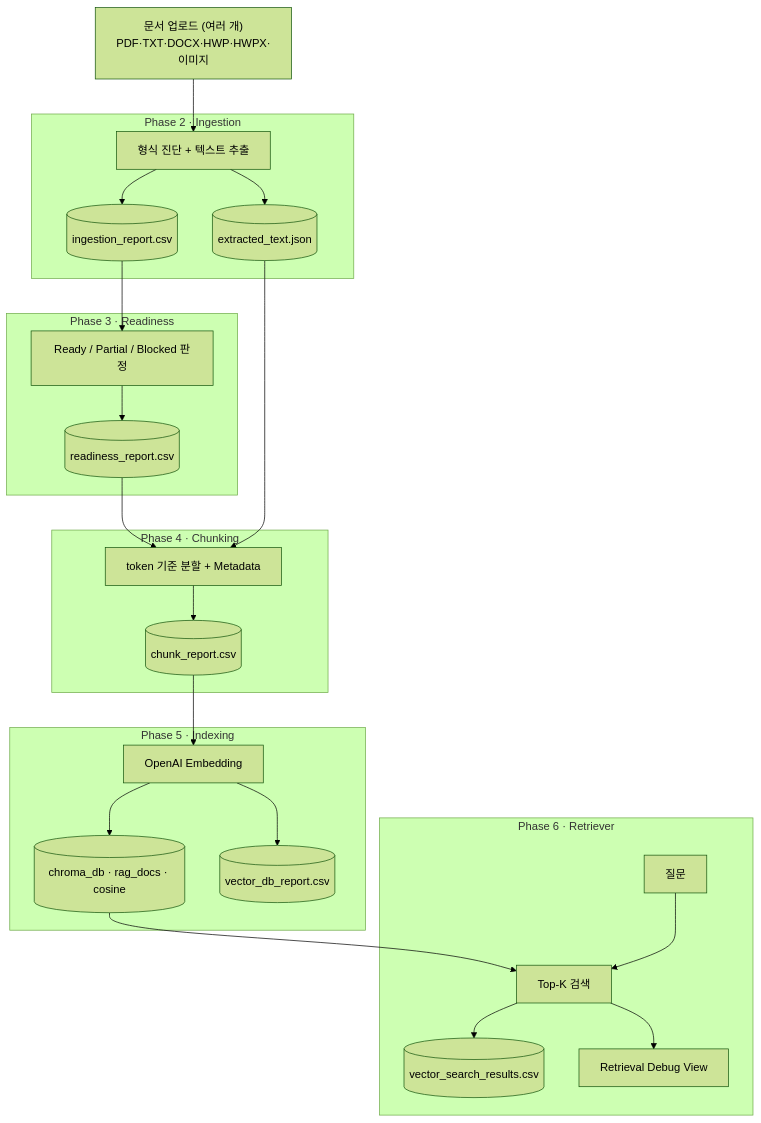
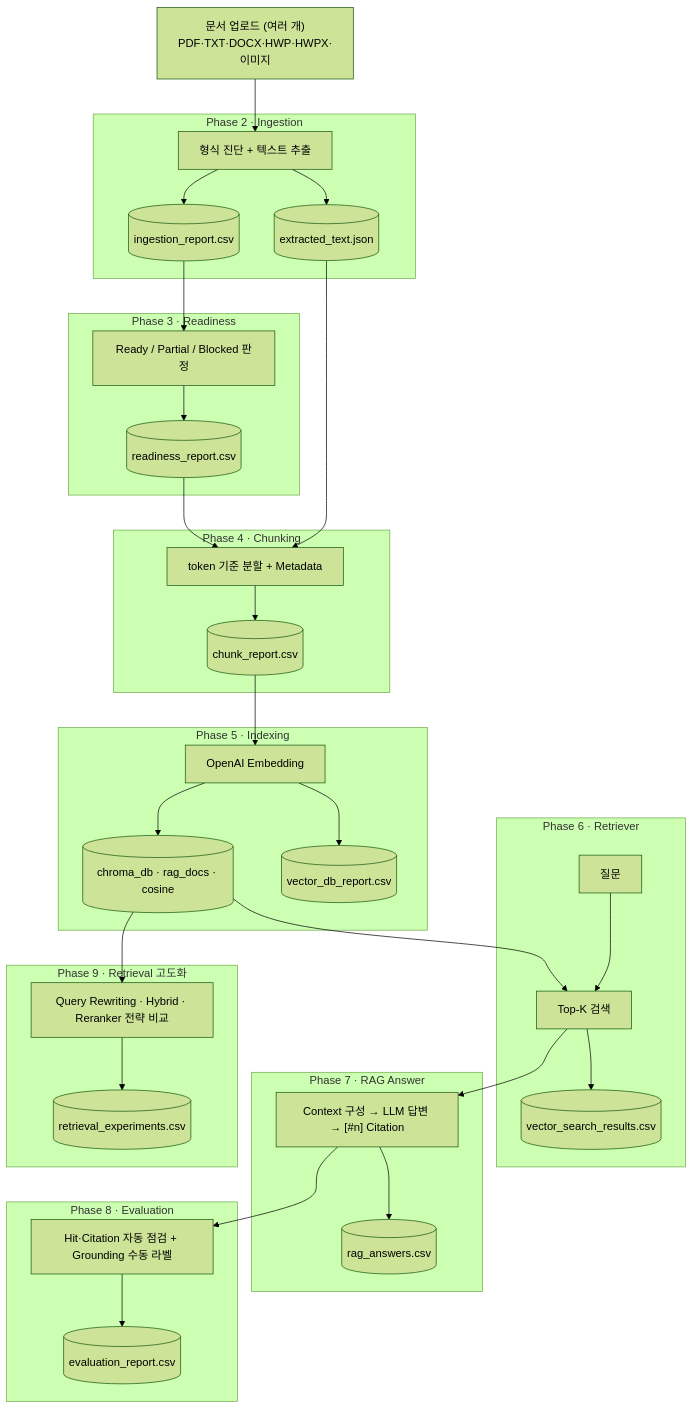
One commit to researcherhojin/RAG-practice changed the diagram in README.md. Above: the diagram before and after it, drawn with Mermaid (forest theme). The commit also changed other lines of this file and 6 other files, not shown here.

First line of the commit message:
docs: refresh README/FLOW for Phase 7-9 + tabbed UI, add UI redesign notes

````diff
--- a/README.md
+++ b/README.md
@@ -23,33 +24,47 @@
 ```mermaid
 flowchart TD
     U["문서 업로드 (여러 개)<br/>PDF·TXT·DOCX·HWP·HWPX·이미지"] --> ING
 
     subgraph P2["Phase 2 · Ingestion"]
         ING["형식 진단 + 텍스트 추출"] --> ICSV[("ingestion_report.csv")]
         ING --> TXT[("extracted_text.json")]
     end
 
     ICSV --> RDY
     subgraph P3["Phase 3 · Readiness"]
         RDY["Ready / Partial / Blocked 판정"] --> RCSV[("readiness_report.csv")]
     end
 
     RCSV --> CHK
     TXT --> CHK
     subgraph P4["Phase 4 · Chunking"]
         CHK["token 기준 분할 + Metadata"] --> CCSV[("chunk_report.csv")]
     end
 
     CCSV --> IDX
     subgraph P5["Phase 5 · Indexing"]
         IDX["OpenAI Embedding"] --> DB[("chroma_db · rag_docs · cosine")]
         IDX --> VCSV[("vector_db_report.csv")]
     end
 
     DB --> RET
     subgraph P6["Phase 6 · Retriever"]
         Q["질문"] --> RET["Top-K 검색"]
         RET --> SCSV[("vector_search_results.csv")]
-        RET --> DV["Retrieval Debug View"]
+    end
+
+    RET --> ANS
+    subgraph P7["Phase 7 · RAG Answer"]
+        ANS["Context 구성 → LLM 답변 → [#n] Citation"] --> ACSV[("rag_answers.csv")]
+    end
+
+    ANS --> EVAL
+    subgraph P8["Phase 8 · Evaluation"]
+        EVAL["Hit·Citation 자동 점검 + Grounding 수동 라벨"] --> ECSV[("evaluation_report.csv")]
+    end
+
+    DB --> ADV
+    subgraph P9["Phase 9 · Retrieval 고도화"]
+        ADV["Query Rewriting · Hybrid · Reranker 전략 비교"] --> XCSV[("retrieval_experiments.csv")]
     end
 ```
````
